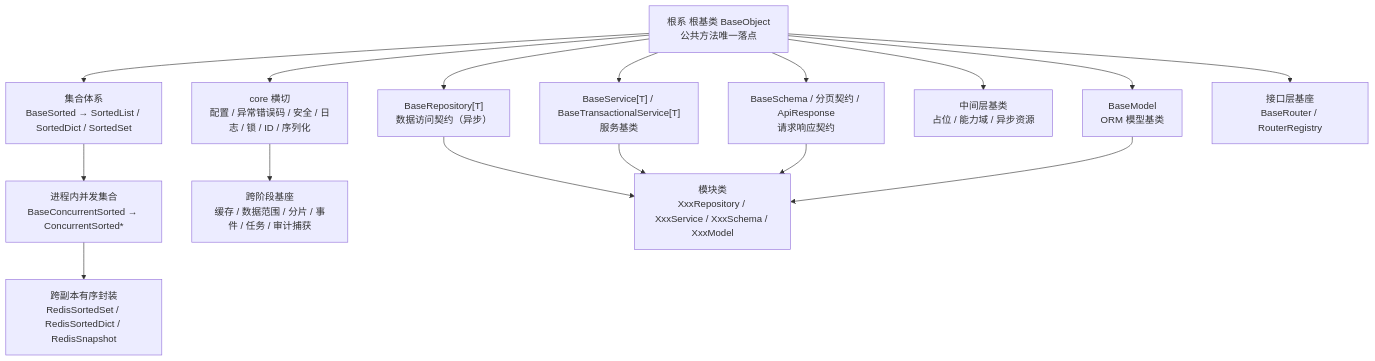
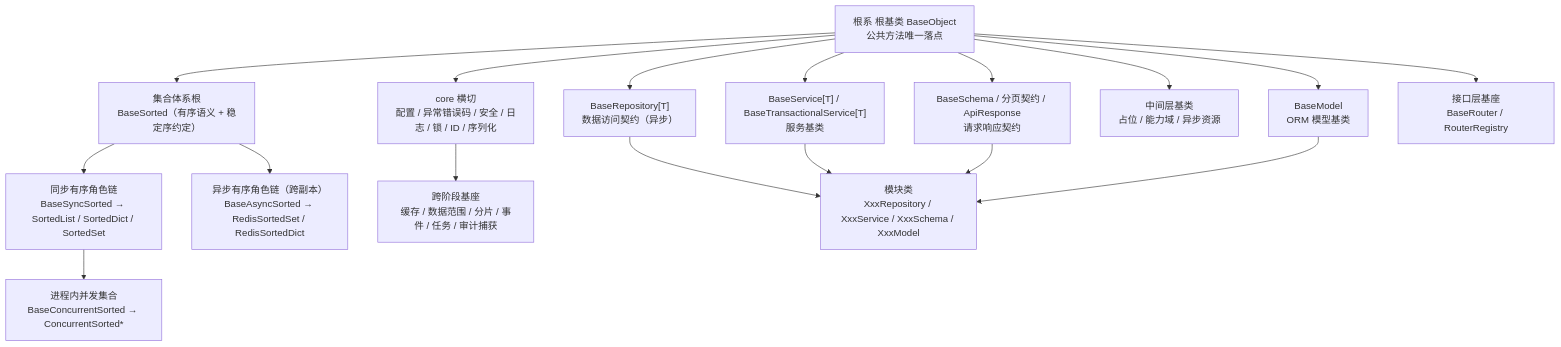
One commit to minjian123/basic-management-system changed the first of 2 diagrams in bms文档/后端基类清单.md. Above: the diagram before and after it, drawn with Mermaid. The commit also changed other lines of this file and 8 other files, not shown here.

````diff
--- a/bms文档/后端基类清单.md
+++ b/bms文档/后端基类清单.md
@@ -17,25 +17,28 @@
 ```mermaid
 flowchart TD
     根系["根系 根基类 BaseObject<br/>公共方法唯一落点"]
-    COL["集合体系<br/>BaseSorted → SortedList / SortedDict / SortedSet"]
+    SROOT["集合体系根<br/>BaseSorted（有序语义 + 稳定序约定）"]
+    COL["同步有序角色链<br/>BaseSyncSorted → SortedList / SortedDict / SortedSet"]
     CONC["进程内并发集合<br/>BaseConcurrentSorted → ConcurrentSorted*"]
-    REDIS["跨副本有序封装<br/>RedisSortedSet / RedisSortedDict / RedisSnapshot"]
+    REDIS["异步有序角色链（跨副本）<br/>BaseAsyncSorted → RedisSortedSet / RedisSortedDict"]
     REPO["BaseRepository[T]<br/>数据访问契约（异步）"]
     SVC["BaseService[T] / BaseTransactionalService[T]<br/>服务基类"]
     SCH["BaseSchema / 分页契约 / ApiResponse<br/>请求响应契约"]
     ORM["BaseModel<br/>ORM 模型基类"]
     MID["中间层基类<br/>占位 / 能力域 / 异步资源"]
     CORE["core 横切<br/>配置 / 异常错误码 / 安全 / 日志 / 锁 / ID / 序列化"]
     CROSS["跨阶段基座<br/>缓存 / 数据范围 / 分片 / 事件 / 任务 / 审计捕获"]
     API["接口层基座<br/>BaseRouter / RouterRegistry"]
     MOD["模块类<br/>XxxRepository / XxxService / XxxSchema / XxxModel"]
-    根系 --> COL --> CONC --> REDIS
+    根系 --> SROOT
+    SROOT --> COL --> CONC
+    SROOT --> REDIS
     根系 --> MID
     根系 --> REPO --> MOD
     根系 --> SVC --> MOD
     根系 --> SCH --> MOD
     根系 --> ORM --> MOD
     根系 --> CORE
     CORE --> CROSS
     根系 --> API
 ```
````
